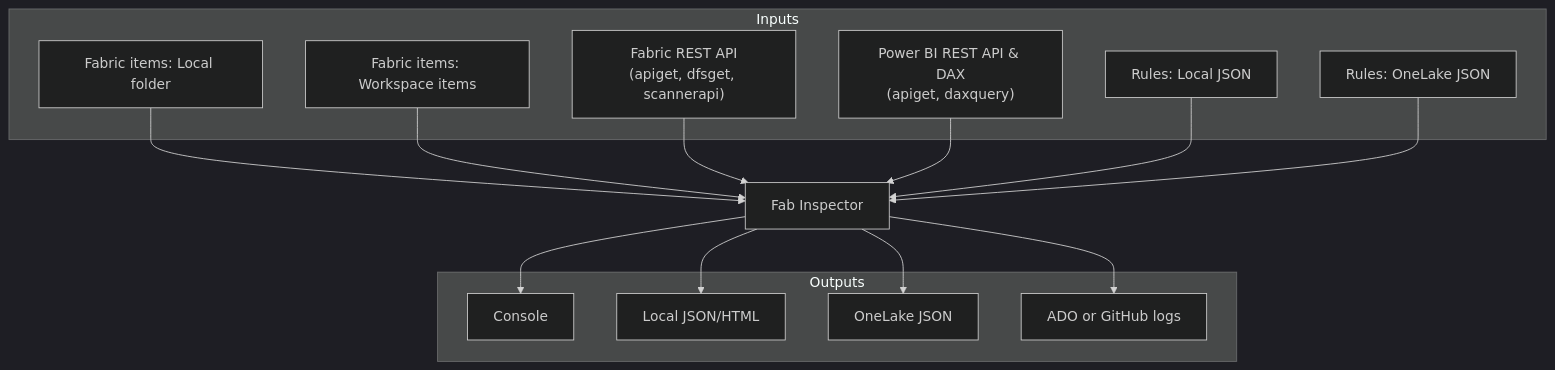
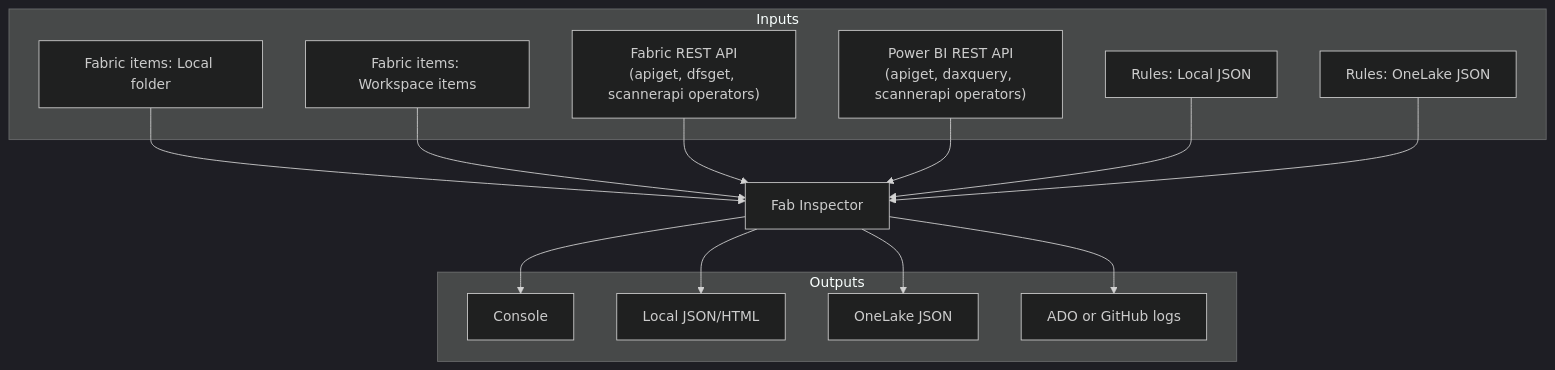
Before and after one commit to NatVanG/fab-inspector: the fifth of 5 diagrams in README.md, drawn with Mermaid (dark theme).

Commit message:
Minor README update

````diff
--- a/README.md
+++ b/README.md
@@ -175,31 +175,31 @@
 ```mermaid
 flowchart TB
     subgraph Inputs
       A1[Fabric items: Local folder]
       A2[Fabric items: Workspace items]
-      A3["Fabric REST API\n(apiget, dfsget, scannerapi)"]
-      A4["Power BI REST API & DAX\n(apiget, daxquery)"]
+      A3["Fabric REST API\n(apiget, dfsget, scannerapi operators)"]
+      A4["Power BI REST API\n(apiget, daxquery, scannerapi operators)"]
       B1[Rules: Local JSON]
       B2[Rules: OneLake JSON]
     end
 
     C[Fab Inspector]
 
     subgraph Outputs
       D1[Console]
       D2[Local JSON/HTML]
       D3[OneLake JSON]
       D4[ADO or GitHub logs]
     end
 
     A1 --> C
     A2 --> C
     A3 --> C
     A4 --> C
     B1 --> C
     B2 --> C
     C --> D1
     C --> D2
     C --> D3
     C --> D4
 ```
````
